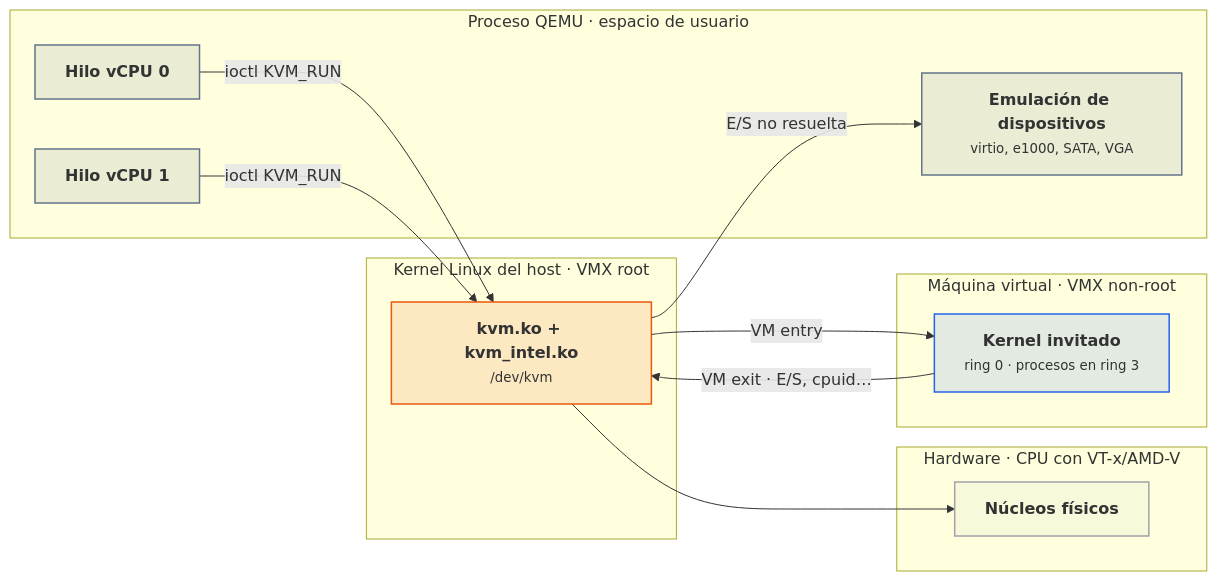
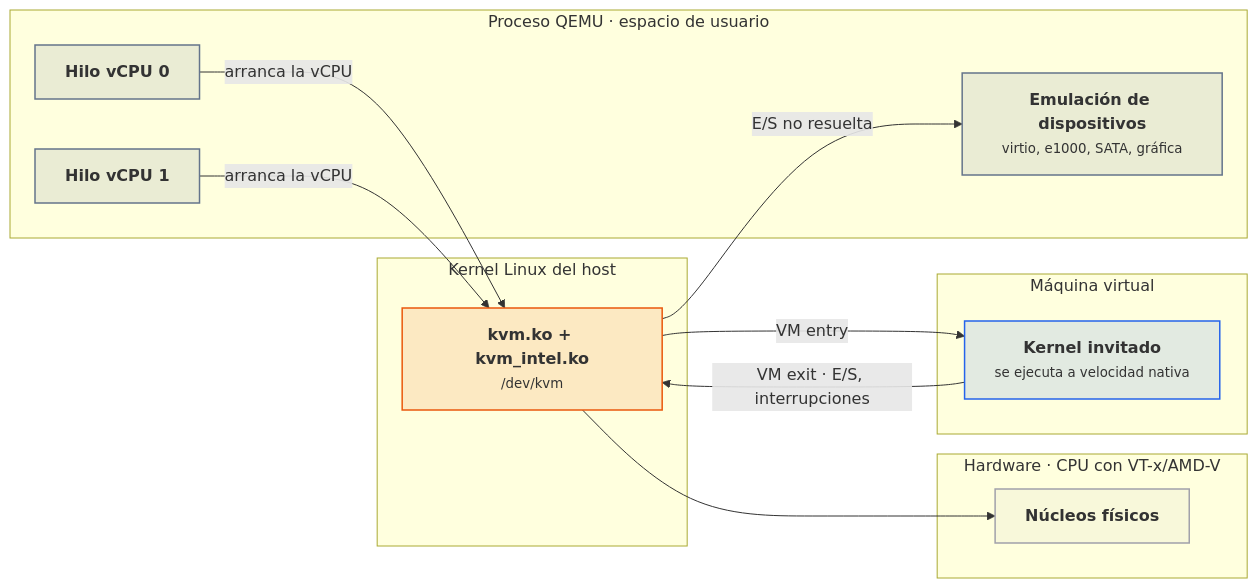
One commit to victor-educ/apuntes-5166 changed the tenth of 14 diagrams in docs/ut/ut1-virtualizacion.md. Above: the diagram before and after it, drawn with Mermaid. The commit also changed other lines of this file and 15 other files, not shown here.

````diff
--- a/docs/ut/ut1-virtualizacion.md
+++ b/docs/ut/ut1-virtualizacion.md
@@ -728,29 +751,29 @@
 ```mermaid
 flowchart LR
     subgraph HW["Hardware · CPU con VT-x/AMD-V"]
         CPU["<b>Núcleos físicos</b>"]:::infra
     end
-    subgraph KERNEL["Kernel Linux del host · VMX root"]
+    subgraph KERNEL["Kernel Linux del host"]
         KVM["<b>kvm.ko + kvm_intel.ko</b><br><small>/dev/kvm</small>"]:::act
     end
     subgraph QEMU["Proceso QEMU · espacio de usuario"]
         VCPU["<b>Hilo vCPU 0</b>"]:::pieza
         VCPU1["<b>Hilo vCPU 1</b>"]:::pieza
-        DEV["<b>Emulación de dispositivos</b><br><small>virtio, e1000, SATA, VGA</small>"]:::pieza
+        DEV["<b>Emulación de dispositivos</b><br><small>virtio, e1000, SATA, gráfica</small>"]:::pieza
     end
-    subgraph VM["Máquina virtual · VMX non-root"]
-        GUEST["<b>Kernel invitado</b><br><small>ring 0 · procesos en ring 3</small>"]:::dato
+    subgraph VM["Máquina virtual"]
+        GUEST["<b>Kernel invitado</b><br><small>se ejecuta a velocidad nativa</small>"]:::dato
     end
-    VCPU -- "ioctl KVM_RUN" --> KVM
-    VCPU1 -- "ioctl KVM_RUN" --> KVM
+    VCPU -- "arranca la vCPU" --> KVM
+    VCPU1 -- "arranca la vCPU" --> KVM
     KVM -- "VM entry" --> GUEST
-    GUEST -- "VM exit · E/S, cpuid…" --> KVM
+    GUEST -- "VM exit · E/S, interrupciones" --> KVM
     KVM -- "E/S no resuelta" --> DEV
     KVM --> CPU
     classDef act fill:#ea580c22,stroke:#ea580c,stroke-width:1.5px
     classDef pieza fill:#64748b22,stroke:#64748b,stroke-width:1.5px
     classDef dato fill:#2563eb22,stroke:#2563eb,stroke-width:1.5px
     classDef infra fill:#a1a1aa14,stroke:#a1a1aa,stroke-width:1.5px
     classDef ok fill:#16a34a22,stroke:#16a34a,stroke-width:1.5px
     classDef riesgo fill:#dc262622,stroke:#dc2626,stroke-width:1.5px
 ```
````
